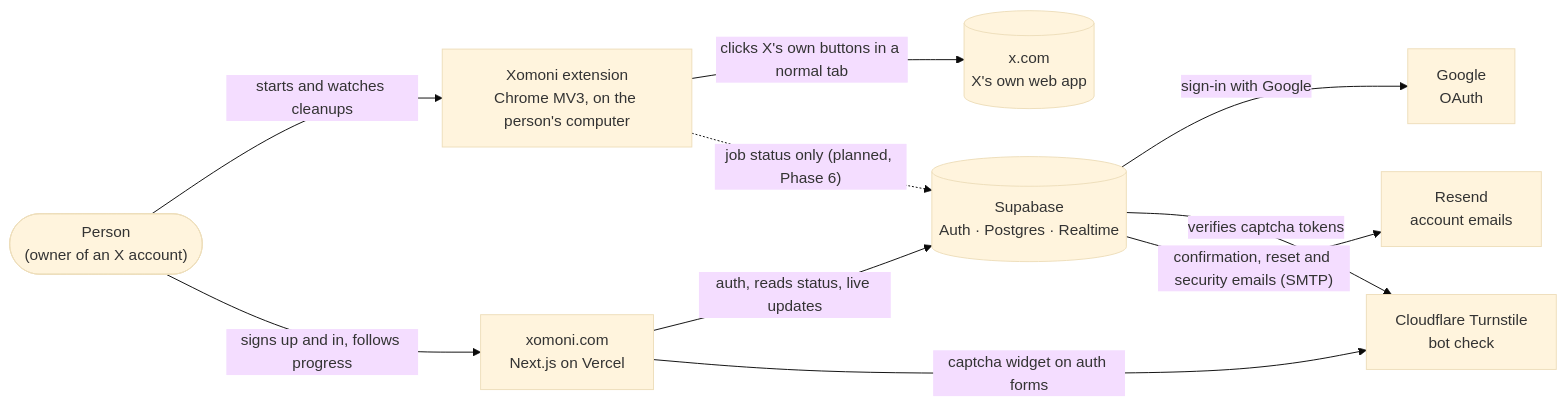
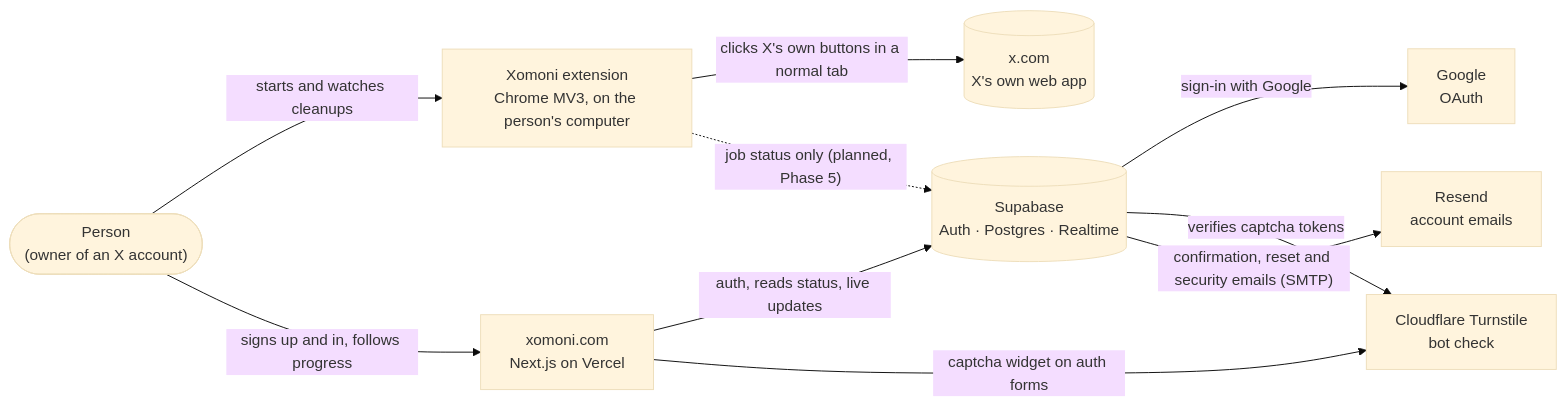
The first of 5 diagrams in docs/ARCHITECTURE.md (pirdehi/xomoni), drawn with Mermaid (base theme) before and after one commit. The commit also changed 7 other files, not shown here.

````diff
--- a/docs/ARCHITECTURE.md
+++ b/docs/ARCHITECTURE.md
@@ -19,21 +19,21 @@
 ```mermaid
 flowchart LR
   person(["Person<br/>(owner of an X account)"])
   ext["Xomoni extension<br/>Chrome MV3, on the person's computer"]
   web["xomoni.com<br/>Next.js on Vercel"]
   x[("x.com<br/>X's own web app")]
   sb[("Supabase<br/>Auth · Postgres · Realtime")]
   google["Google<br/>OAuth"]
   resend["Resend<br/>account emails"]
   turnstile["Cloudflare Turnstile<br/>bot check"]
 
   person -- "starts and watches cleanups" --> ext
   person -- "signs up and in, follows progress" --> web
   ext -- "clicks X's own buttons in a normal tab" --> x
-  ext -. "job status only (planned, Phase 6)" .-> sb
+  ext -. "job status only (planned, Phase 5)" .-> sb
   web -- "auth, reads status, live updates" --> sb
   web -- "captcha widget on auth forms" --> turnstile
   sb -- "sign-in with Google" --> google
   sb -- "verifies captcha tokens" --> turnstile
   sb -- "confirmation, reset and security emails (SMTP)" --> resend
 ```
````
